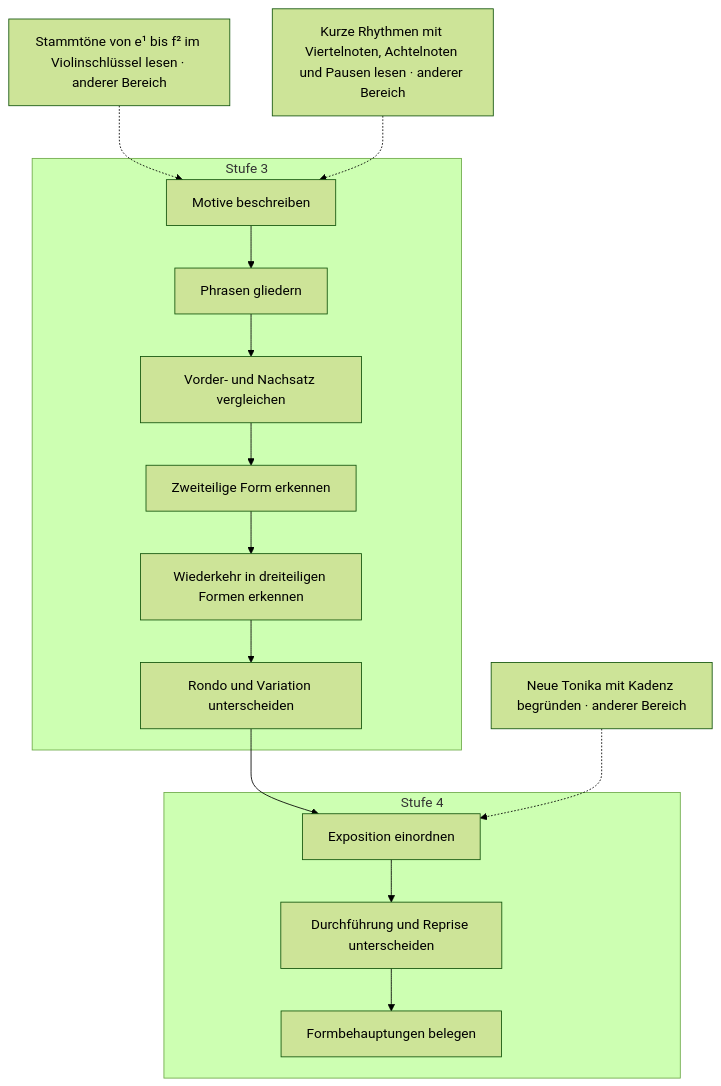
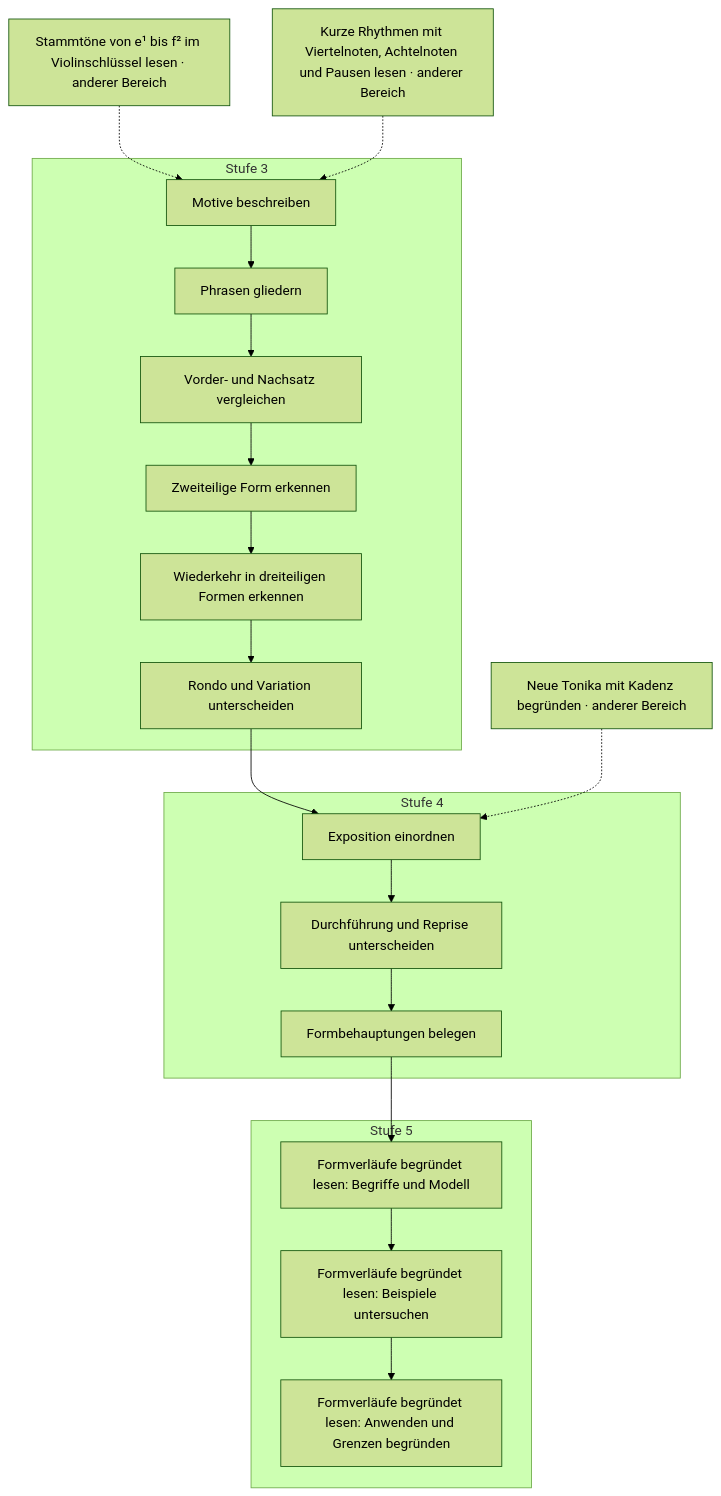
Before and after one commit to PhiFa96/harmonia: diagram 11 of 19 in docs/plan/faehigkeitsgraph-diagramme.md, drawn with Mermaid (forest theme). The commit also changed other lines of this file and 56 other files, not shown here.

````diff
--- a/docs/plan/faehigkeitsgraph-diagramme.md
+++ b/docs/plan/faehigkeitsgraph-diagramme.md
@@ -875,30 +903,38 @@
 ```mermaid
 flowchart TD
   subgraph level3["Stufe 3"]
     s108["Motive beschreiben"]
     s109["Phrasen gliedern"]
     s110["Vorder- und Nachsatz vergleichen"]
     s111["Zweiteilige Form erkennen"]
     s112["Wiederkehr in dreiteiligen Formen erkennen"]
     s113["Rondo und Variation unterscheiden"]
   end
   subgraph level4["Stufe 4"]
     s144["Exposition einordnen"]
     s145["Durchführung und Reprise unterscheiden"]
     s146["Formbehauptungen belegen"]
   end
+  subgraph level5["Stufe 5"]
+    s181["Formverläufe begründet lesen: Begriffe und Modell"]
+    s182["Formverläufe begründet lesen: Beispiele untersuchen"]
+    s183["Formverläufe begründet lesen: Anwenden und Grenzen begründen"]
+  end
   s5["Stammtöne von e¹ bis f² im Violinschlüssel lesen · anderer Bereich"]
   s21["Kurze Rhythmen mit Viertelnoten, Achtelnoten und Pausen lesen · anderer Bereich"]
   s137["Neue Tonika mit Kadenz begründen · anderer Bereich"]
   s5 -.-> s108
   s21 -.-> s108
   s108 --> s109
   s109 --> s110
   s110 --> s111
   s111 --> s112
   s112 --> s113
   s113 --> s144
   s137 -.-> s144
   s144 --> s145
   s145 --> s146
+  s146 --> s181
+  s181 --> s182
+  s182 --> s183
 ```
````
